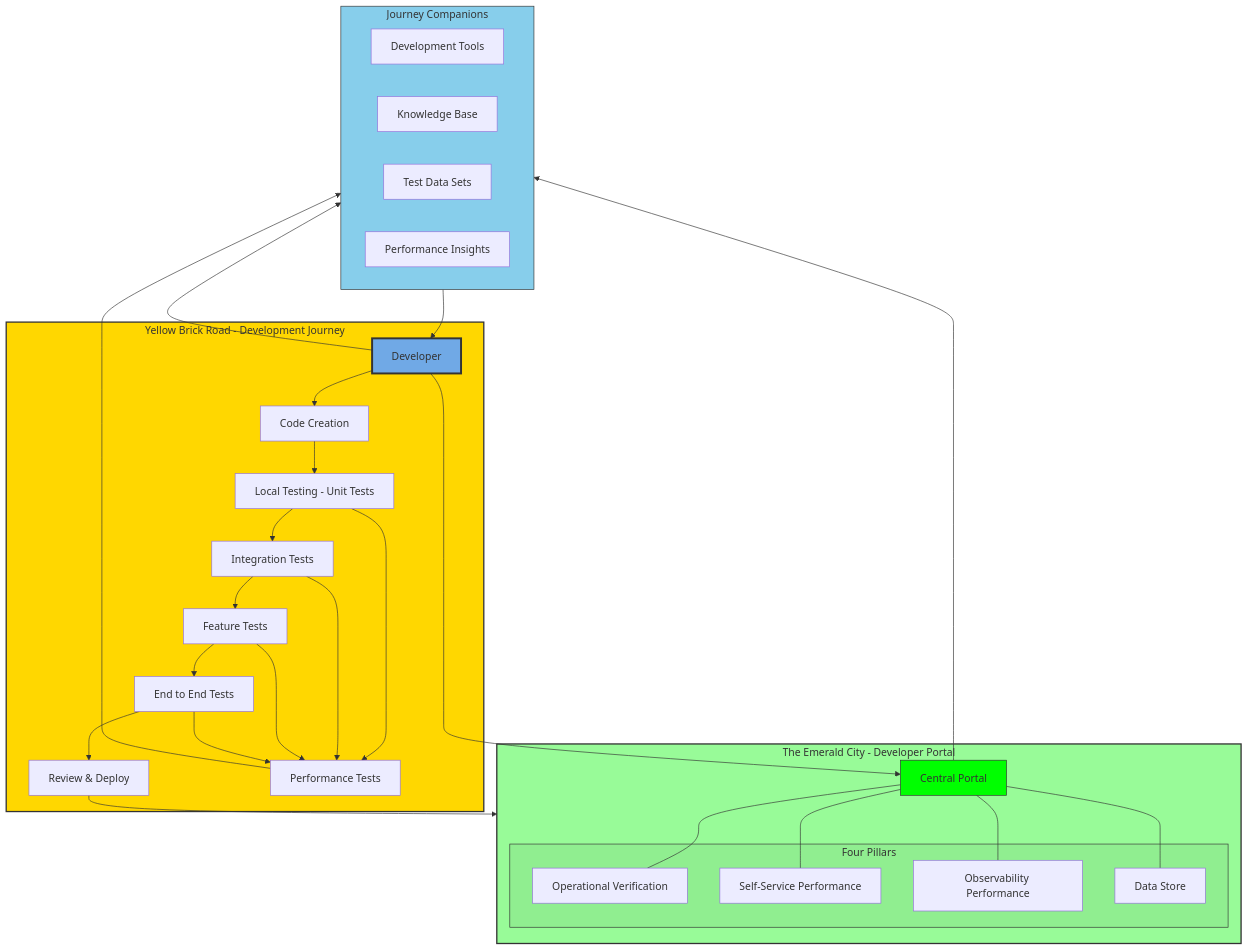
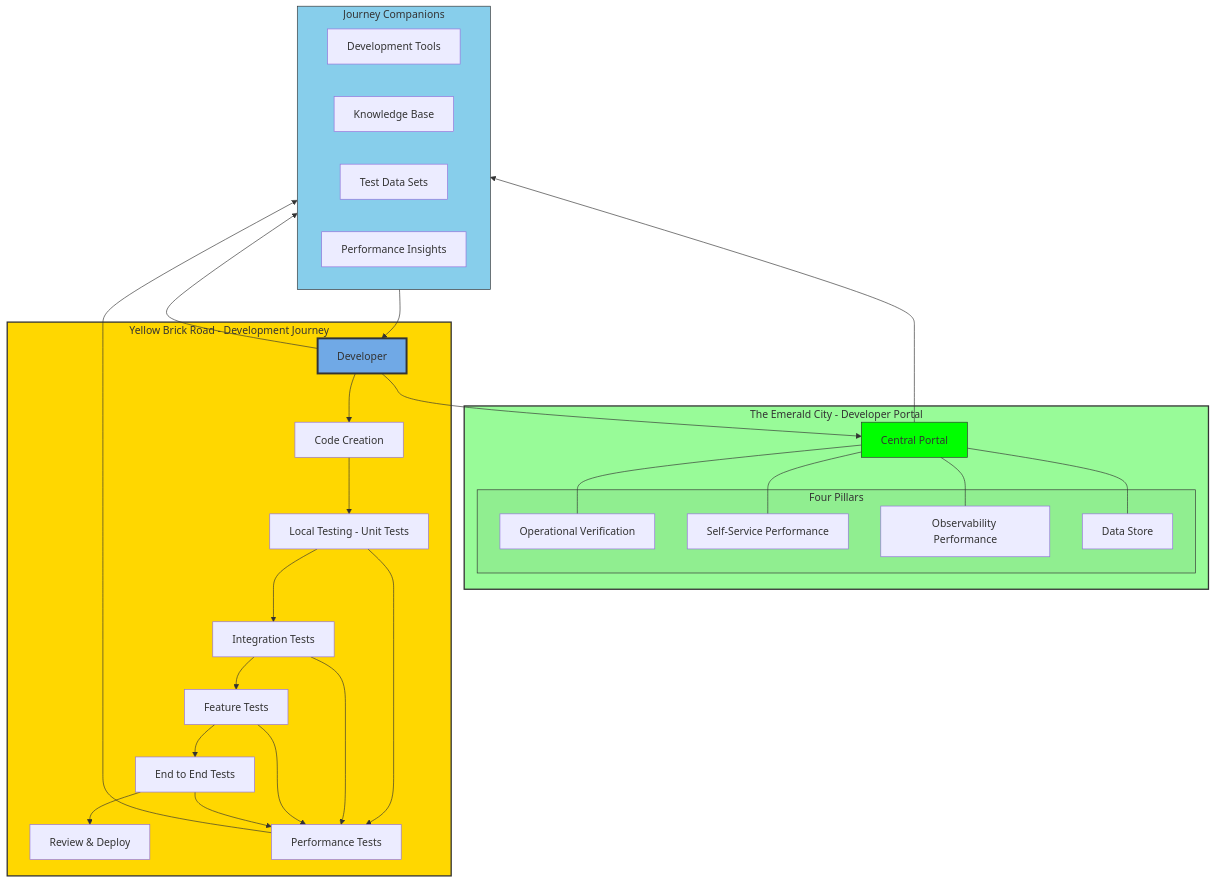
Before and after one commit to zalyoung/gitlab-handbook: the first of 4 diagrams in content/handbook/engineering/infrastructure-platforms/developer-experience/performance-enablement/_index.md, drawn with Mermaid.

Commit message:
Another diagram tweek

````diff
--- a/content/handbook/engineering/infrastructure-platforms/developer-experience/performance-enablement/_index.md
+++ b/content/handbook/engineering/infrastructure-platforms/developer-experience/performance-enablement/_index.md
@@ -19,50 +19,49 @@
 ```mermaid
 flowchart TD
     subgraph EC[The Emerald City - Developer Portal]
         Portal[Central Portal]
         subgraph Buildings[Four Pillars]
             DV[Operational Verification]
             SF[Self-Service Performance]
             OB[Observability Performance]
             DS[Data Store]
         end
         Portal --- DV
         Portal --- SF
         Portal --- OB
         Portal --- DS
     end
 
     subgraph YBR[Yellow Brick Road - Development Journey]
         Dev[Developer] --> Code[Code Creation]
         Code --> Unit[Local Testing - Unit Tests]
         Unit --> Integration[Integration Tests]
         Integration --> Feature[Feature Tests]
         Feature --> E2E[End to End Tests]
         E2E --> Review[Review & Deploy]
         Unit --> Perf[Performance Tests]
         Integration --> Perf
         Feature --> Perf
         E2E --> Perf
     end
 
     subgraph Guide[Journey Companions]
         Tools[Development Tools]
         Docs[Knowledge Base]
         Data[Test Data Sets]
         Insights[Performance Insights]
     end
 
     Perf --> Guide
     Dev --> Portal
     Dev --> Guide
     Portal --> Guide
-    Review --> EC
     Guide --> Dev
 
     style EC fill:#98FB98,stroke:#333,stroke-width:2px
     style YBR fill:#FFD700,stroke:#333,stroke-width:2px
     style Guide fill:#87CEEB,stroke:#333
     style Portal fill:#00FF00,stroke:#333
     style Dev fill:#70a9e6,stroke:#333,stroke-width:3px
     style Buildings fill:#90EE90,stroke:#333
 ```
````
